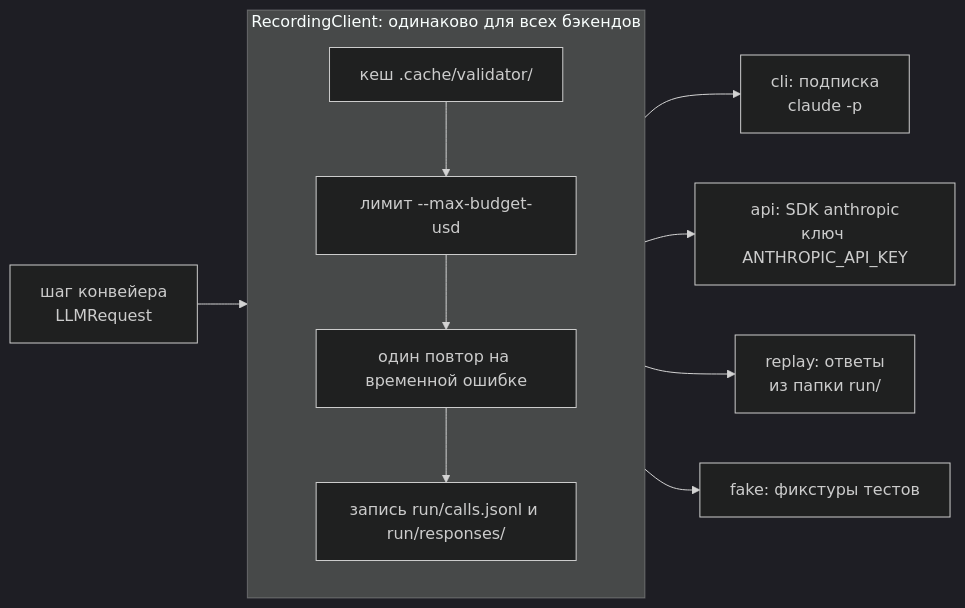
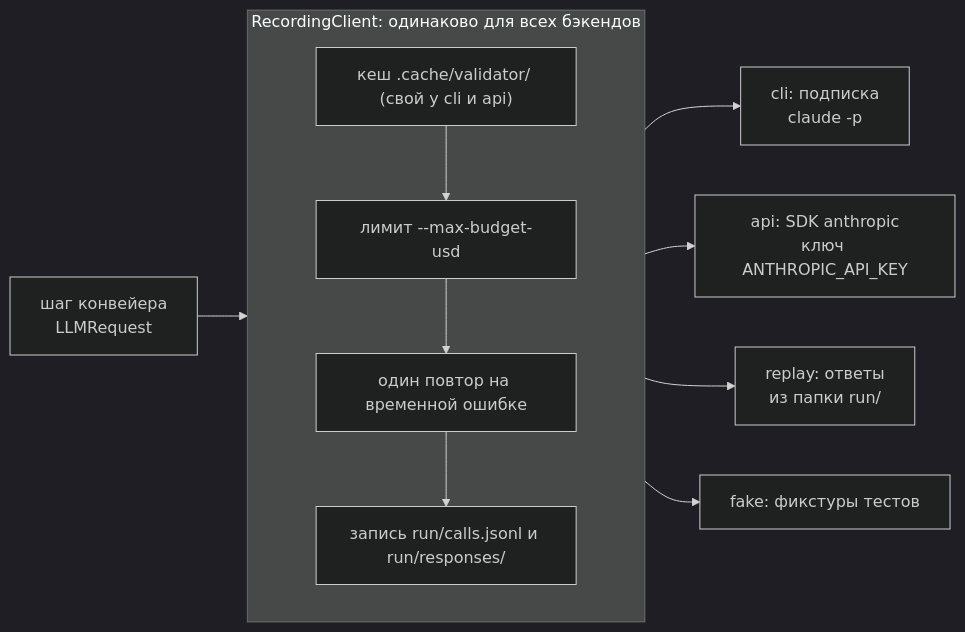
Before and after one commit to noncalan/QAIRU-larpers: the second of 2 diagrams in docs/architecture.md, drawn with Mermaid (dark theme). The commit also changed other lines of this file and 4 other files, not shown here.

````diff
--- a/docs/architecture.md
+++ b/docs/architecture.md
@@ -153,12 +153,12 @@
 ```mermaid
 flowchart LR
     step["шаг конвейера<br/>LLMRequest"] --> rec
     subgraph rec ["RecordingClient: одинаково для всех бэкендов"]
         direction TB
-        c1["кеш .cache/validator/"] --> c2["лимит --max-budget-usd"] --> c3["один повтор на временной ошибке"] --> c4["запись run/calls.jsonl и run/responses/"]
+        c1["кеш .cache/validator/ (свой у cli и api)"] --> c2["лимит --max-budget-usd"] --> c3["один повтор на временной ошибке"] --> c4["запись run/calls.jsonl и run/responses/"]
     end
     rec --> cli["cli: подписка<br/>claude -p"]
     rec --> api["api: SDK anthropic<br/>ключ ANTHROPIC_API_KEY"]
     rec --> rep["replay: ответы<br/>из папки run/"]
     rec --> fake["fake: фикстуры тестов"]
 ```
````
